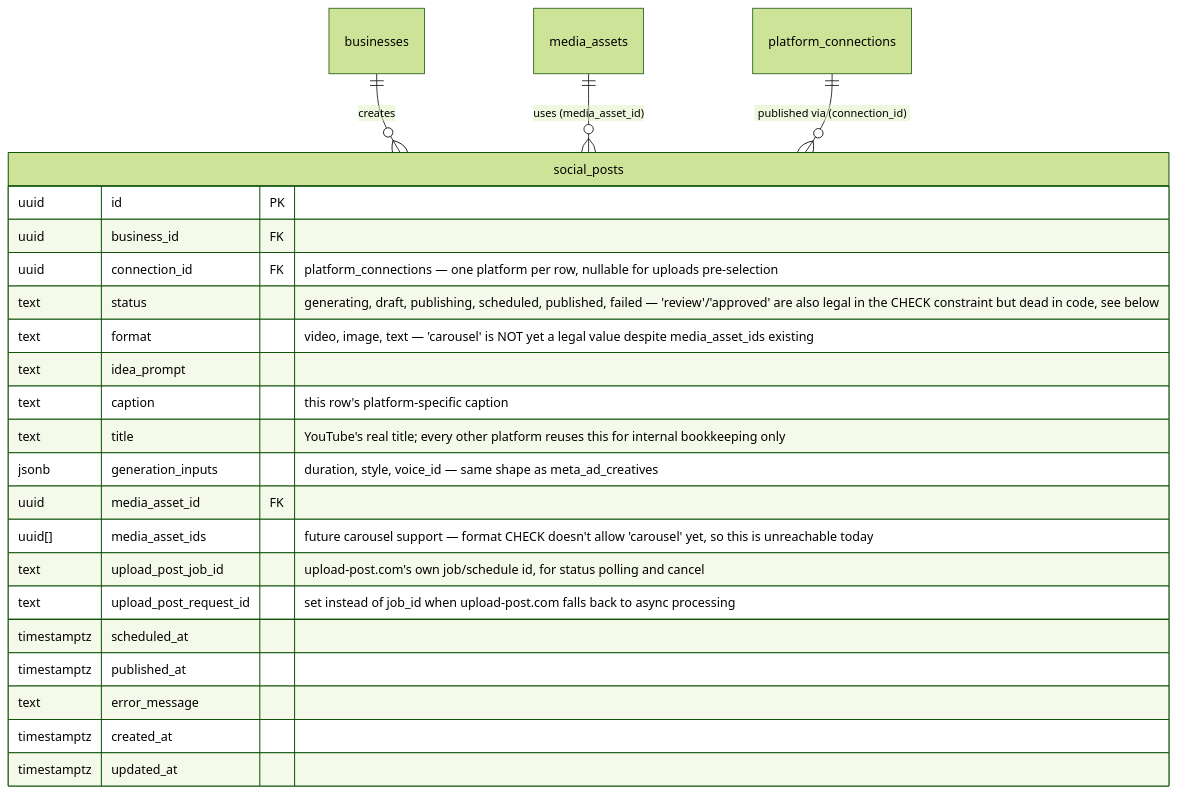
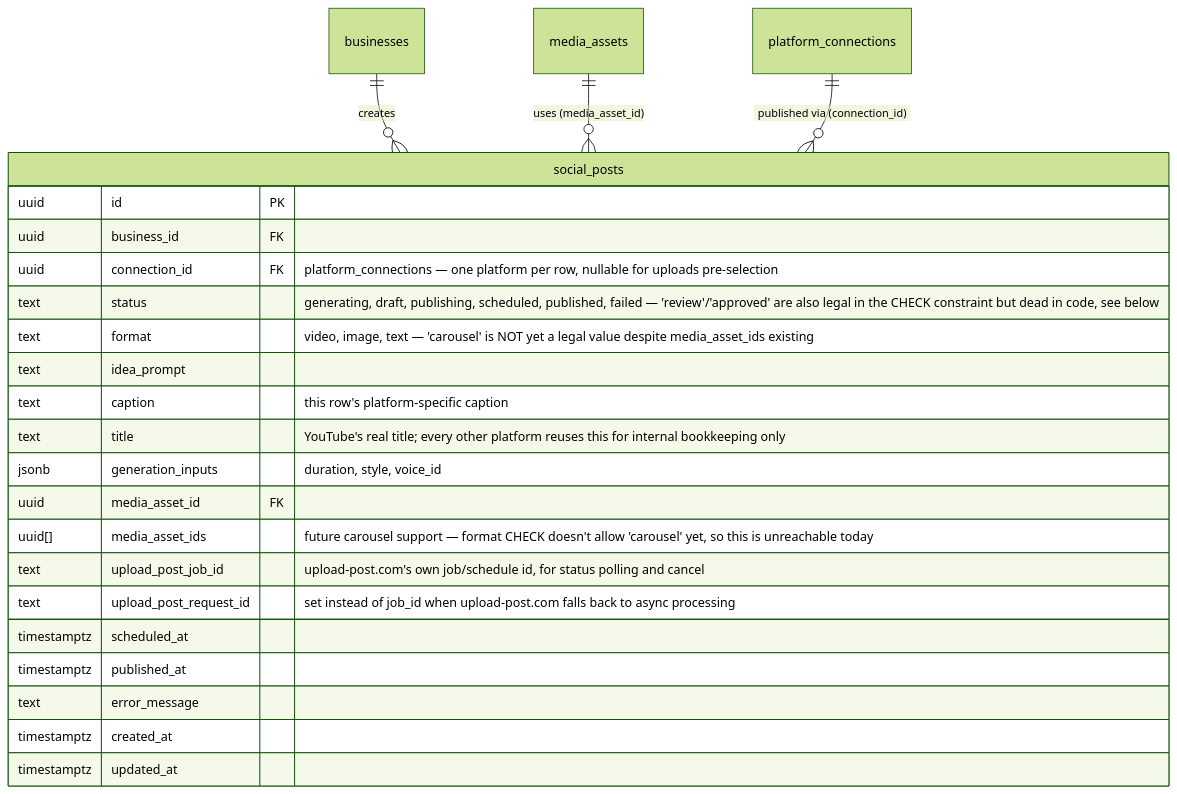
The third of 3 diagrams in docs/architecture/database_schema.md (Aumatic-AI/kangroo-Kinetix), drawn with Mermaid (forest theme) before and after one commit. The commit also changed other lines of this file and 235 other files, not shown here.

````diff
--- a/docs/architecture/database_schema.md
+++ b/docs/architecture/database_schema.md
@@ -293,27 +139,27 @@
 ```mermaid
 erDiagram
     businesses ||--o{ social_posts : "creates"
     media_assets ||--o{ social_posts : "uses (media_asset_id)"
     platform_connections ||--o{ social_posts : "published via (connection_id)"
 
     social_posts {
         uuid id PK
         uuid business_id FK
         uuid connection_id FK "platform_connections — one platform per row, nullable for uploads pre-selection"
         text status "generating, draft, publishing, scheduled, published, failed — 'review'/'approved' are also legal in the CHECK constraint but dead in code, see below"
         text format "video, image, text — 'carousel' is NOT yet a legal value despite media_asset_ids existing"
         text idea_prompt
         text caption "this row's platform-specific caption"
         text title "YouTube's real title; every other platform reuses this for internal bookkeeping only"
-        jsonb generation_inputs "duration, style, voice_id — same shape as meta_ad_creatives"
+        jsonb generation_inputs "duration, style, voice_id"
         uuid media_asset_id FK
         uuid[] media_asset_ids "future carousel support — format CHECK doesn't allow 'carousel' yet, so this is unreachable today"
         text upload_post_job_id "upload-post.com's own job/schedule id, for status polling and cancel"
         text upload_post_request_id "set instead of job_id when upload-post.com falls back to async processing"
         timestamptz scheduled_at
         timestamptz published_at
         text error_message
         timestamptz created_at
         timestamptz updated_at
     }
 ```
````
